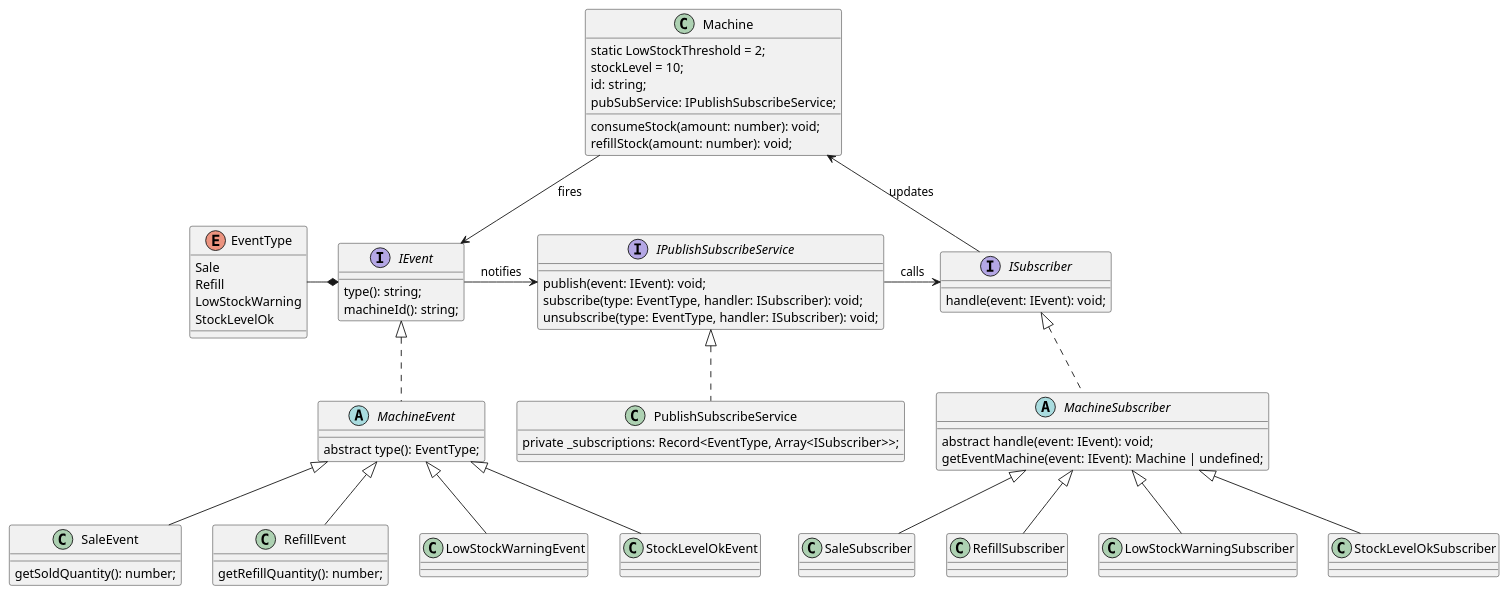
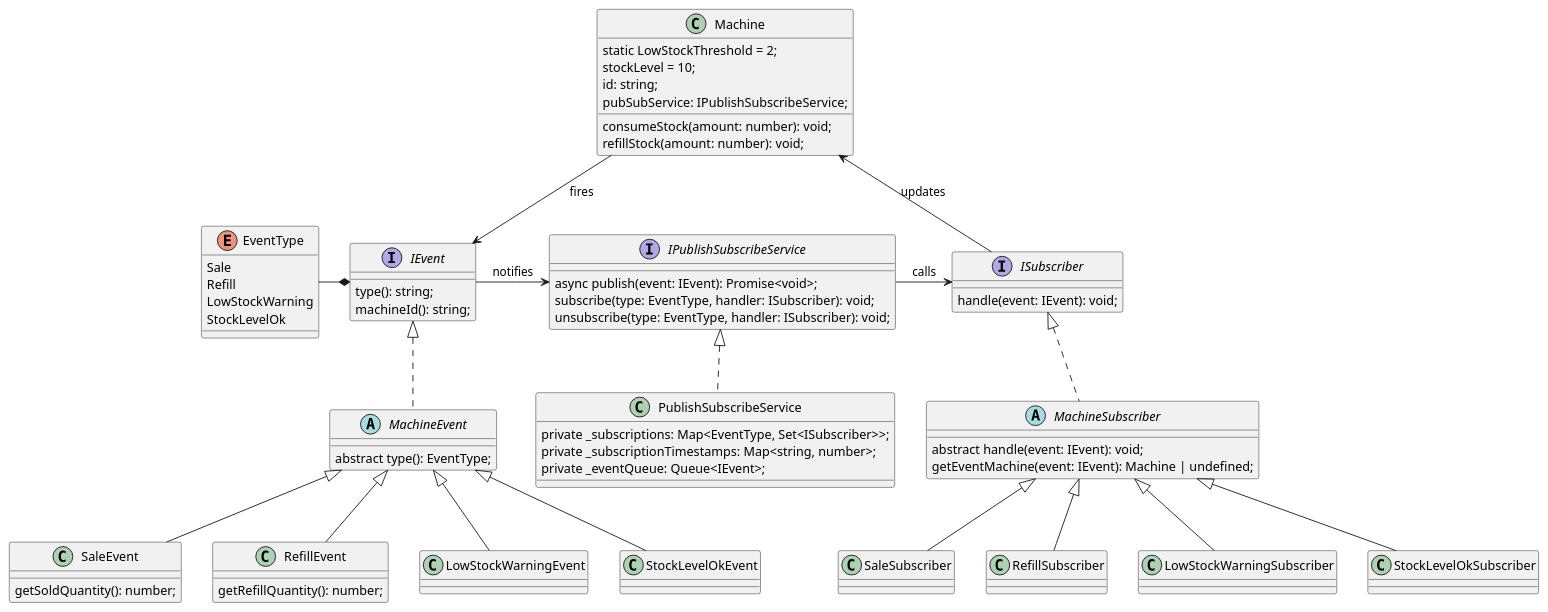
One commit to WaterGenie35/simple-pubsub changed the diagram in doc/class-diagram.puml. Above: the diagram before and after it, drawn with PlantUML. The commit also changed 2 other files, not shown here.

```diff
--- a/doc/class-diagram.puml
+++ b/doc/class-diagram.puml
@@ -1,68 +1,70 @@
 @startuml Rough Class Diagram
 
 together {
     enum EventType {
         Sale
         Refill
         LowStockWarning
         StockLevelOk
     }
     interface IEvent {
         type(): string;
         machineId(): string;
     }
 }
 interface ISubscriber {
     handle(event: IEvent): void;
 }
 interface IPublishSubscribeService {
-    publish(event: IEvent): void;
+    async publish(event: IEvent): Promise<void>;
     subscribe(type: EventType, handler: ISubscriber): void;
     unsubscribe(type: EventType, handler: ISubscriber): void;
 }
 
 
 
 class PublishSubscribeService implements IPublishSubscribeService {
-    private _subscriptions: Record<EventType, Array<ISubscriber>>;
+    private _subscriptions: Map<EventType, Set<ISubscriber>>;
+    private _subscriptionTimestamps: Map<string, number>;
+    private _eventQueue: Queue<IEvent>;
 }
 
 class Machine {
     static LowStockThreshold = 2;
     stockLevel = 10;
     id: string;
     pubSubService: IPublishSubscribeService;
     consumeStock(amount: number): void;
     refillStock(amount: number): void;
 }
 
 abstract class MachineEvent implements IEvent {
     abstract type(): EventType;
 }
 class SaleEvent extends MachineEvent {
     getSoldQuantity(): number;
 }
 class RefillEvent extends MachineEvent {
     getRefillQuantity(): number;
 }
 class LowStockWarningEvent extends MachineEvent {}
 class StockLevelOkEvent extends MachineEvent {}
 
 abstract class MachineSubscriber implements ISubscriber {
     abstract handle(event: IEvent): void;
     getEventMachine(event: IEvent): Machine | undefined;
 }
 class SaleSubscriber extends MachineSubscriber {}
 class RefillSubscriber extends MachineSubscriber {}
 class LowStockWarningSubscriber extends MachineSubscriber {}
 class StockLevelOkSubscriber extends MachineSubscriber {}
 
 
 
 EventType -right-* IEvent
 IEvent -right-> IPublishSubscribeService : "notifies"
 IPublishSubscribeService -right-> ISubscriber : "calls"
 Machine -down-> IEvent : "fires"
 ISubscriber -up-> Machine : "updates"
 
 @enduml
```
